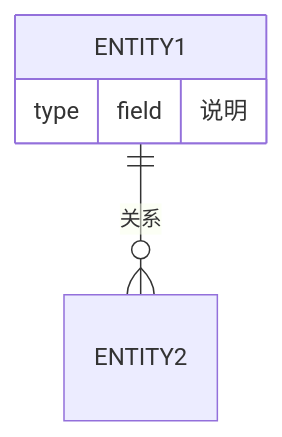
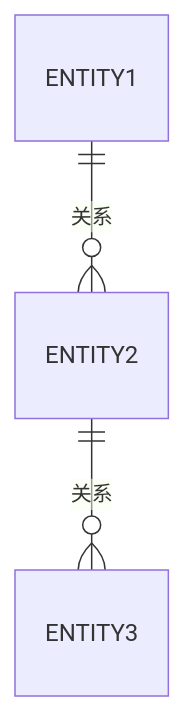
One commit to chanjarster/skills changed the first of 2 diagrams in skills/pin/references/templates/code-map.md. Above: the diagram before and after it, drawn with Mermaid. The commit also changed other lines of this file and 1 other file, not shown here.

First line of the commit message:
update code-map template: unify path format, clarify entity/relationship docs

````diff
--- a/skills/pin/references/templates/code-map.md
+++ b/skills/pin/references/templates/code-map.md
@@ -21,7 +22,5 @@
 ```mermaid
 erDiagram
     ENTITY1 ||--o{ ENTITY2 : "关系"
-    ENTITY1 {
-        type field "说明"
-    }
+    ENTITY2 ||--o{ ENTITY3 : "关系"
 ```
````
